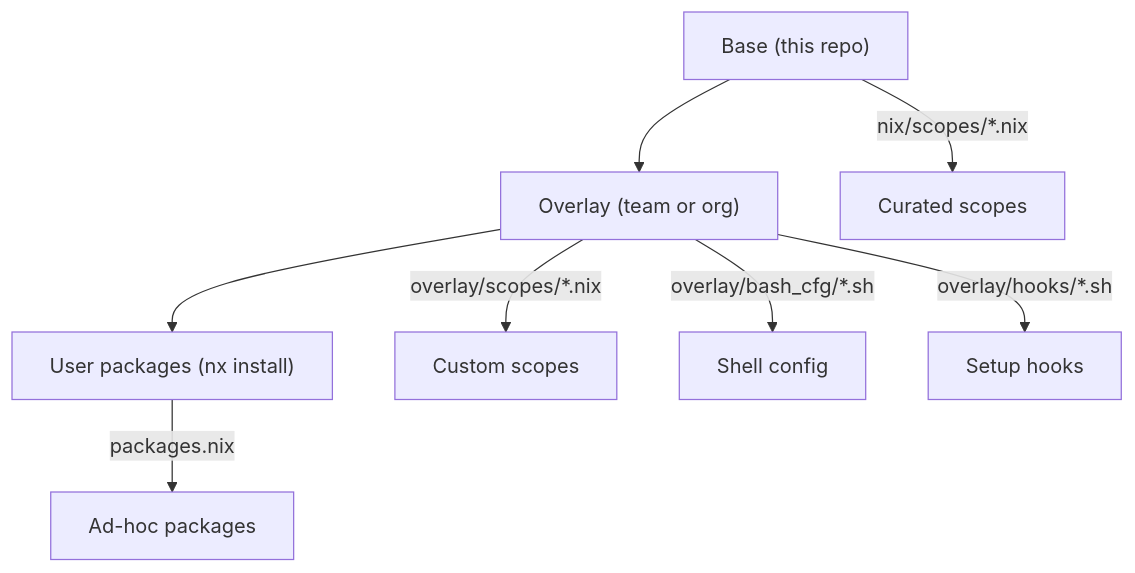
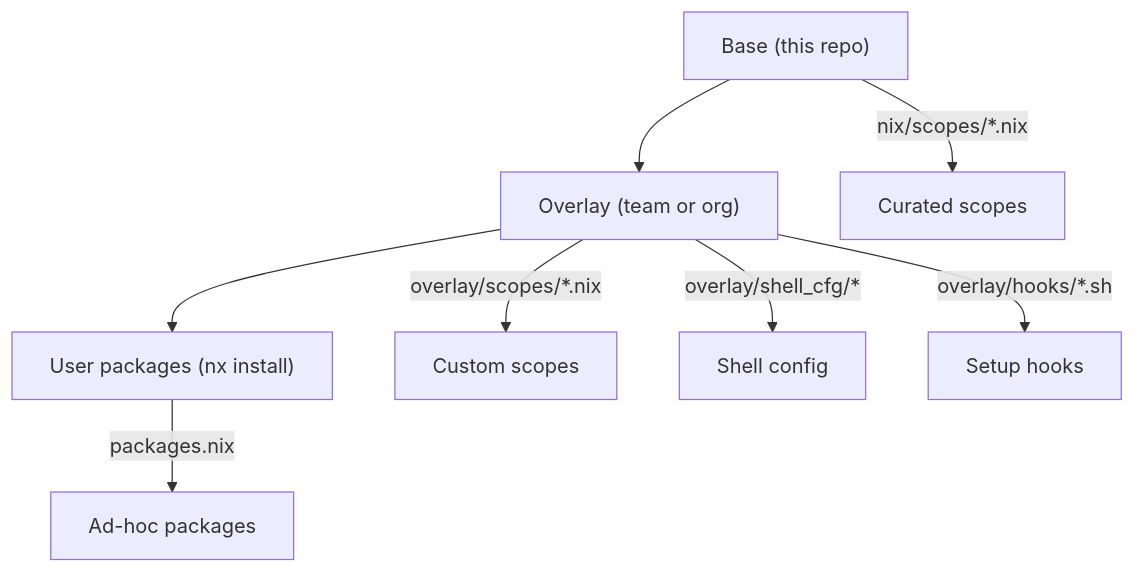
Before and after one commit to szymonos/envy-nx: the first of 2 diagrams in docs/index.md, drawn with Mermaid. The commit also changed 9 other files, not shown here.

Commit message:
docs: update CHANGELOG, ARCHITECTURE, and docs for 1.2.0

````diff
--- a/docs/index.md
+++ b/docs/index.md
@@ -86,10 +86,10 @@
 ```mermaid
 graph TD
     A["Base (this repo)"] --> B["Overlay (team or org)"]
     B --> C["User packages (nx install)"]
     A -- "nix/scopes/*.nix" --> D["Curated scopes"]
     B -- "overlay/scopes/*.nix" --> E["Custom scopes"]
-    B -- "overlay/bash_cfg/*.sh" --> F["Shell config"]
+    B -- "overlay/shell_cfg/*" --> F["Shell config"]
     B -- "overlay/hooks/*.sh" --> G["Setup hooks"]
     C -- "packages.nix" --> H["Ad-hoc packages"]
 ```
````
